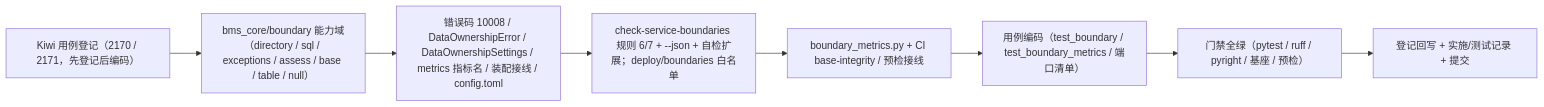
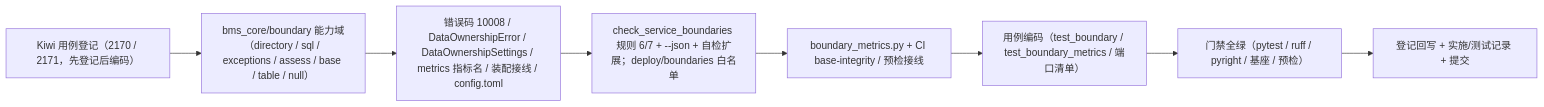
One commit to minjian123/basic-management-system changed the diagram in bms文档/项目/02_后端基座与服务化地基/任务/05_服务间通信与一致性/05_服务间通信与一致性_02_数据所有权与边界硬校验/实施/01_实施_02_数据所有权与边界硬校验.md. Above: the diagram before and after it, drawn with Mermaid. The commit also changed other lines of this file and 919 other files, not shown here.

````diff
--- a/bms文档/项目/02_后端基座与服务化地基/任务/05_服务间通信与一致性/05_服务间通信与一致性_02_数据所有权与边界硬校验/实施/01_实施_02_数据所有权与边界硬校验.md
+++ b/bms文档/项目/02_后端基座与服务化地基/任务/05_服务间通信与一致性/05_服务间通信与一致性_02_数据所有权与边界硬校验/实施/01_实施_02_数据所有权与边界硬校验.md
@@ -22,10 +22,10 @@
 ```mermaid
 flowchart LR
     A["Kiwi 用例登记（2170 / 2171，先登记后编码）"] --> B["bms_core/boundary 能力域（directory / sql / exceptions / assess / base / table / null）"]
     B --> C["错误码 10008 / DataOwnershipError / DataOwnershipSettings / metrics 指标名 / 装配接线 / config.toml"]
-    C --> D["check-service-boundaries 规则 6/7 + --json + 自检扩展；deploy/boundaries 白名单"]
+    C --> D["check_service_boundaries 规则 6/7 + --json + 自检扩展；deploy/boundaries 白名单"]
     D --> E["boundary_metrics.py + CI base-integrity / 预检接线"]
     E --> F["用例编码（test_boundary / test_boundary_metrics / 端口清单）"]
     F --> G["门禁全绿（pytest / ruff / pyright / 基座 / 预检）"]
     G --> H["登记回写 + 实施/测试记录 + 提交"]
 ```
````
